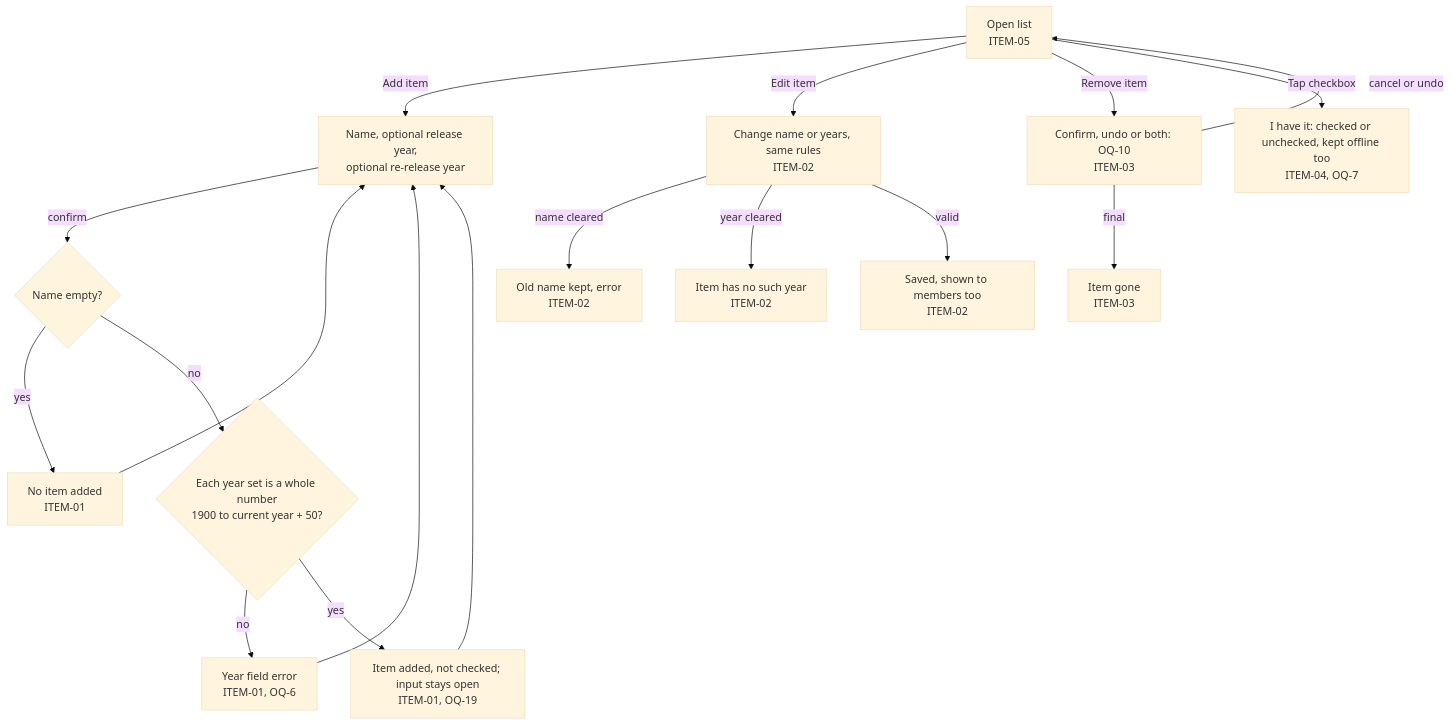
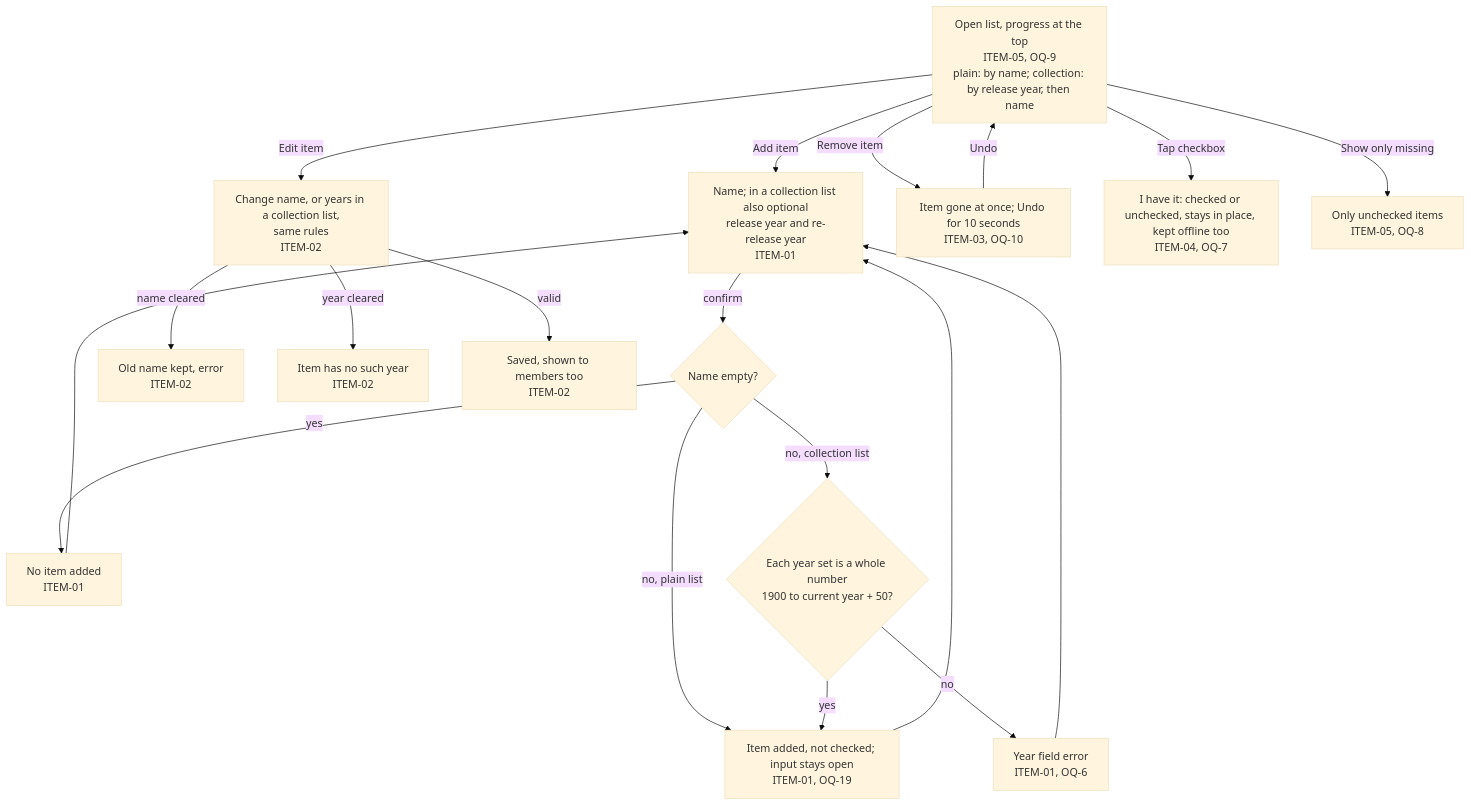
The seventh of 11 diagrams in docs/product/flow.md (bondo/listicles2), drawn with Mermaid (base theme) before and after one commit. The commit also changed other lines of this file and 1 other file, not shown here.

````diff
--- a/docs/product/flow.md
+++ b/docs/product/flow.md
@@ -159,18 +193,19 @@
 ```mermaid
 flowchart TD
-    open["Open list<br>ITEM-05"] -- "Add item" --> input["Name, optional release year,<br>optional re-release year"]
+    open["Open list, progress at the top<br>ITEM-05, OQ-9<br>plain: by name; collection: by release year, then name"] -- "Add item" --> input["Name; in a collection list also optional<br>release year and re-release year<br>ITEM-01"]
     input -- "confirm" --> iname{"Name empty?"}
     iname -- "yes" --> noadd["No item added<br>ITEM-01"] --> input
-    iname -- "no" --> years{"Each year set is a whole number<br>1900 to current year + 50?"}
+    iname -- "no, plain list" --> added
+    iname -- "no, collection list" --> years{"Each year set is a whole number<br>1900 to current year + 50?"}
     years -- "no" --> yerr["Year field error<br>ITEM-01, OQ-6"] --> input
     years -- "yes" --> added["Item added, not checked; input stays open<br>ITEM-01, OQ-19"]
     added --> input
-    open -- "Edit item" --> edit["Change name or years, same rules<br>ITEM-02"]
+    open -- "Edit item" --> edit["Change name, or years in a collection list,<br>same rules<br>ITEM-02"]
     edit -- "name cleared" --> keep["Old name kept, error<br>ITEM-02"]
     edit -- "year cleared" --> noyear["Item has no such year<br>ITEM-02"]
     edit -- "valid" --> saved["Saved, shown to members too<br>ITEM-02"]
-    open -- "Remove item" --> rem["Confirm, undo or both: OQ-10<br>ITEM-03"]
-    rem -- "cancel or undo" --> open
-    rem -- "final" --> rgone["Item gone<br>ITEM-03"]
-    open -- "Tap checkbox" --> toggle["I have it: checked or unchecked, kept offline too<br>ITEM-04, OQ-7"]
+    open -- "Remove item" --> rgone["Item gone at once; Undo for 10 seconds<br>ITEM-03, OQ-10"]
+    rgone -- "Undo" --> open
+    open -- "Tap checkbox" --> toggle["I have it: checked or unchecked, stays in place, kept offline too<br>ITEM-04, OQ-7"]
+    open -- "Show only missing" --> missing["Only unchecked items<br>ITEM-05, OQ-8"]
 ```
````
